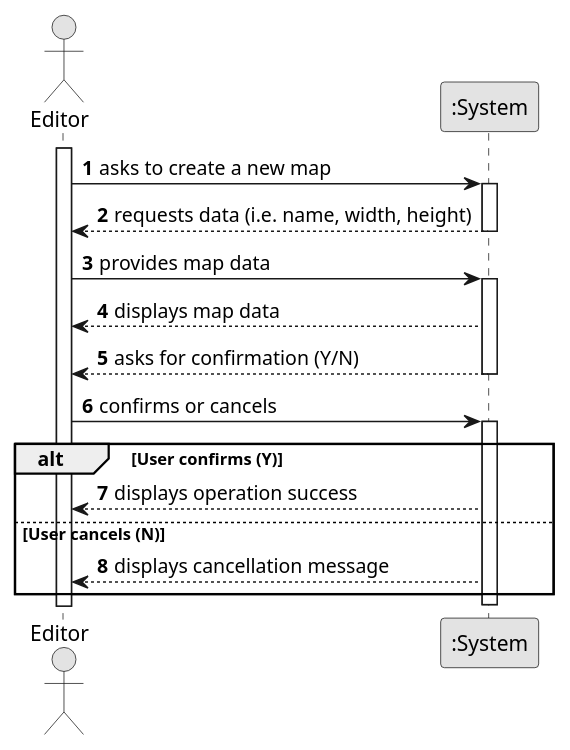
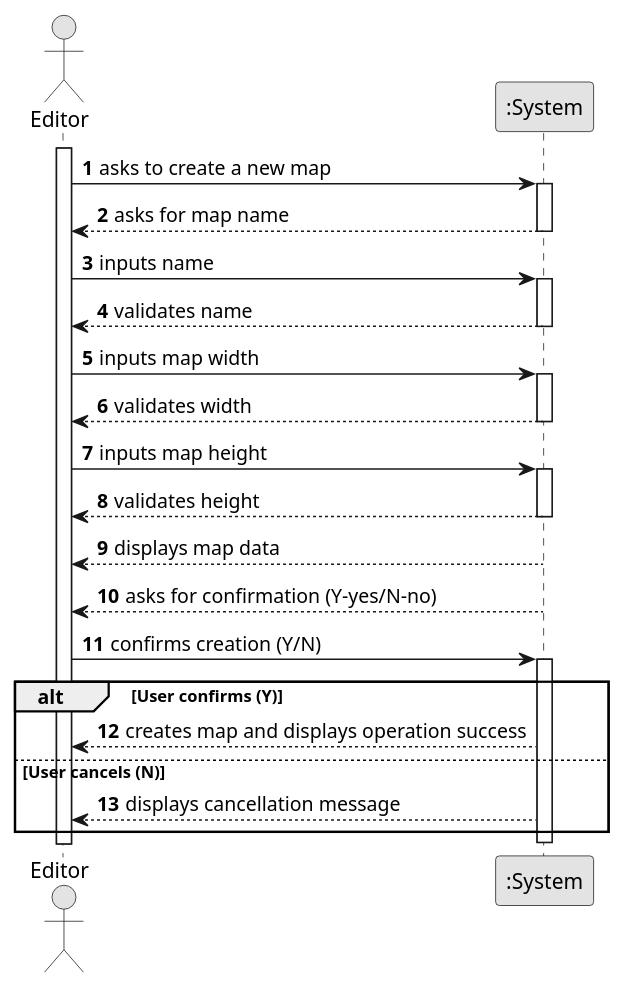
Before and after one commit to bruno-monteiro5/sem2-pi-24.25-g132-repo: the diagram in docs/system-documentation/US001/01.requirements-engineering/puml/US001-SSD.puml, drawn with PlantUML. The commit also changed 3 other files, not shown here.

Commit message:
Add confirmation prompts for industry and map creation in UI

```diff
--- a/docs/system-documentation/US001/01.requirements-engineering/puml/US001-SSD.puml
+++ b/docs/system-documentation/US001/01.requirements-engineering/puml/US001-SSD.puml
@@ -1,36 +1,48 @@
 @startuml
 skinparam monochrome true
 skinparam packageStyle rectangle
 skinparam shadowing false
 
 autonumber
 
 actor "Editor" as Editor
 participant ":System" as System
 
 activate Editor
 
     Editor -> System : asks to create a new map
     activate System
 
-        System --> Editor : requests data (i.e. name, width, height)
+        System --> Editor : asks for map name
     deactivate System
 
-    Editor -> System : provides map data
+    Editor -> System : inputs name
     activate System
 
-        System --> Editor : displays map data
-        System --> Editor : asks for confirmation (Y/N)
+        System --> Editor : validates name
     deactivate System
 
-    Editor -> System : confirms or cancels
+    Editor -> System : inputs map width
+    activate System
+        System --> Editor : validates width
+    deactivate System
+
+    Editor -> System : inputs map height
+    activate System
+        System --> Editor : validates height
+    deactivate System
+
+    System --> Editor : displays map data
+    System --> Editor : asks for confirmation (Y-yes/N-no)
+
+    Editor -> System : confirms creation (Y/N)
     activate System
 
     alt User confirms (Y)
-        System --> Editor : displays operation success
+        System --> Editor : creates map and displays operation success
     else User cancels (N)
         System --> Editor : displays cancellation message
     end
 
     deactivate System
 @enduml
```
